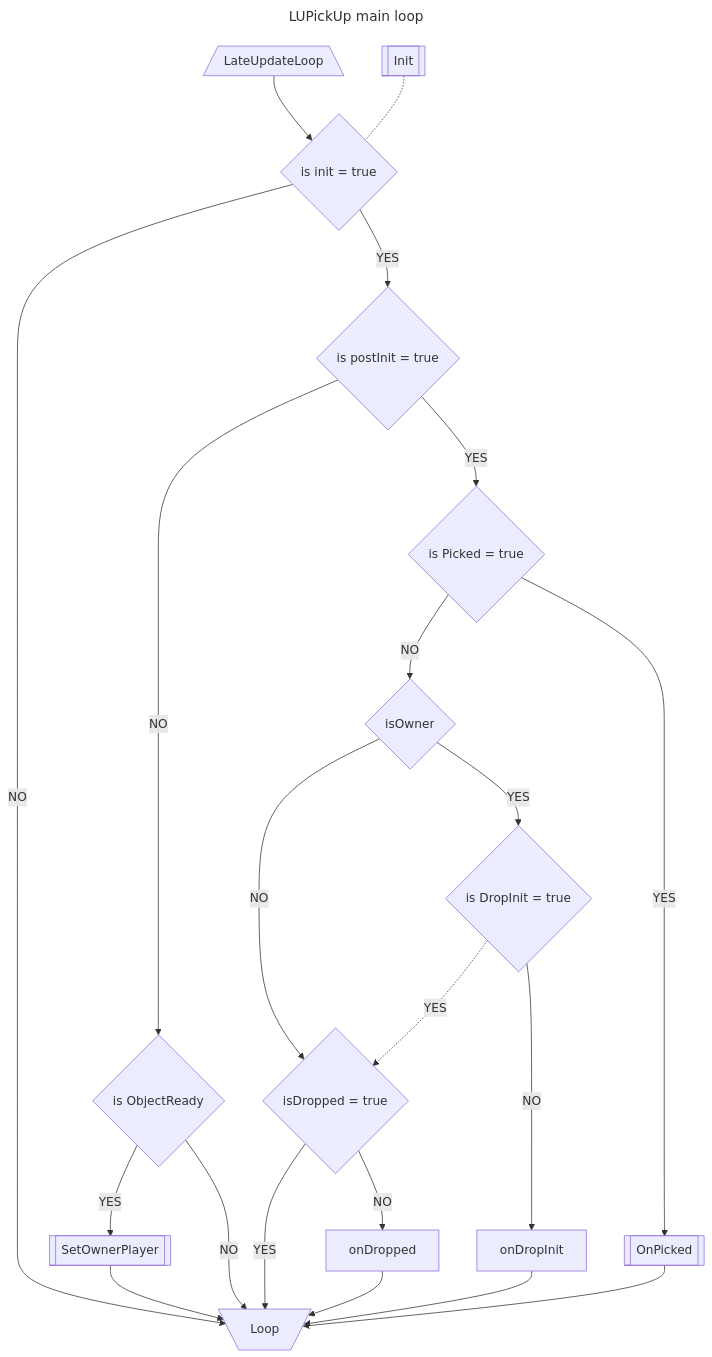
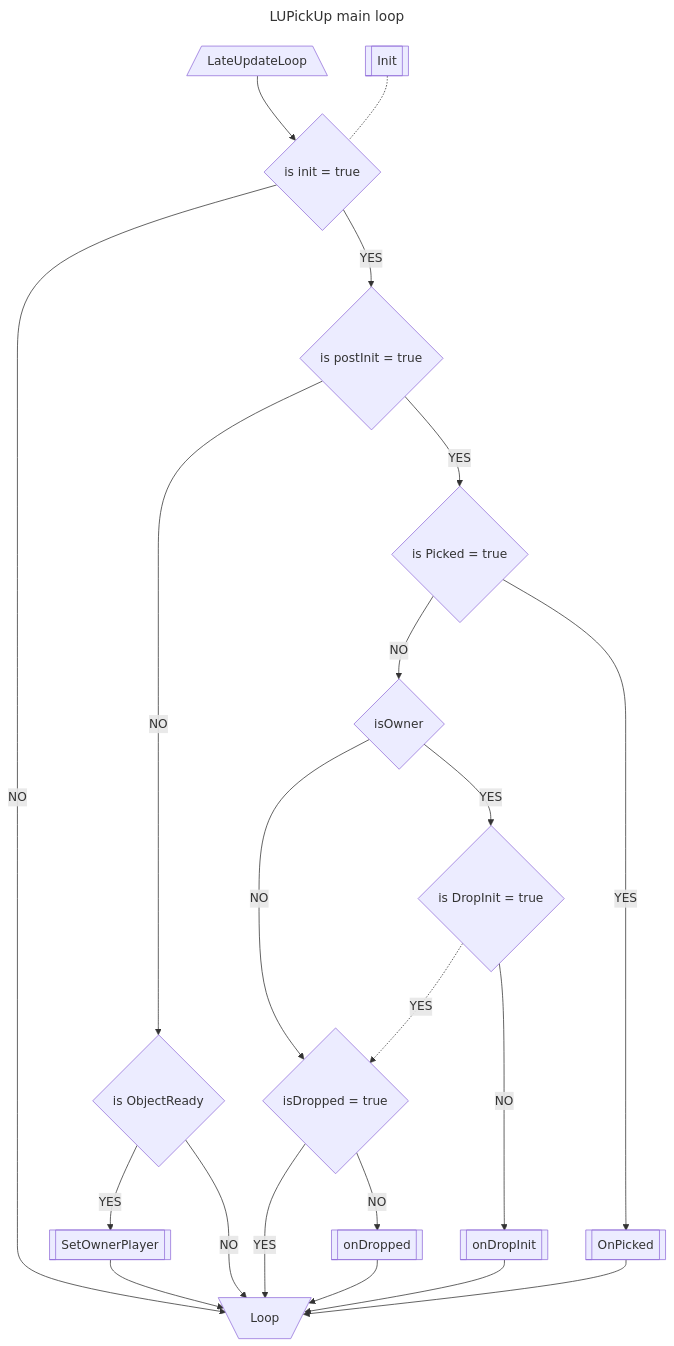
Before and after one commit to frou01/VRC_PublicPackages: the first of 3 diagrams in Packages/com.frou01.lupick/Runtime/Script/LUPick_UML.md, drawn with Mermaid. The commit also changed other lines of this file, not shown here.

Commit message:
edit UML

````diff
--- a/Packages/com.frou01.lupick/Runtime/Script/LUPick_UML.md
+++ b/Packages/com.frou01.lupick/Runtime/Script/LUPick_UML.md
@@ -1,49 +1,49 @@
 ```mermaid
 ---
 title: LUPickUp main loop
 ---
 
 flowchart TD
 	StartLoop[/LateUpdateLoop\] -->
 	isInit{is init = true}
 
 	isInit --NO--> EndLoop
 
 	isInit --YES-->
 	isPostInit{is postInit = true} --NO-->
 	IsObjectReady{is ObjectReady} --YES-->
 	PostInit[[SetOwnerPlayer]] -->
 	EndLoop[\Loop/]
 
 
 	IsObjectReady --NO-->
 	EndLoop
 
 	Init[[Init]] -.-
 	isInit
 
 	isPostInit --YES-->
 	isPicked{is Picked = true}
 
 	isPicked --NO--> 
 	isOwnerOnDrop
 
 	isDropped --YES-->
 	EndLoop
 
 	isOwnerOnDrop{isOwner} --NO-->
 	isDropped
 
 	isDropInit{is DropInit = true} -.YES.->
 	isDropped{isDropped = true}
 	
-	isDropped --NO--> onDropped --> EndLoop
+	isDropped --NO--> onDropped[[onDropped]] --> EndLoop
 
 	isPicked --YES--> 
 	onPicked[[OnPicked]] -->
 	EndLoop
 
 	isOwnerOnDrop --YES--> 
 	isDropInit --NO--> 
-	onDropInit --> EndLoop
+	onDropInit[[onDropInit]] --> EndLoop
 ```
````
